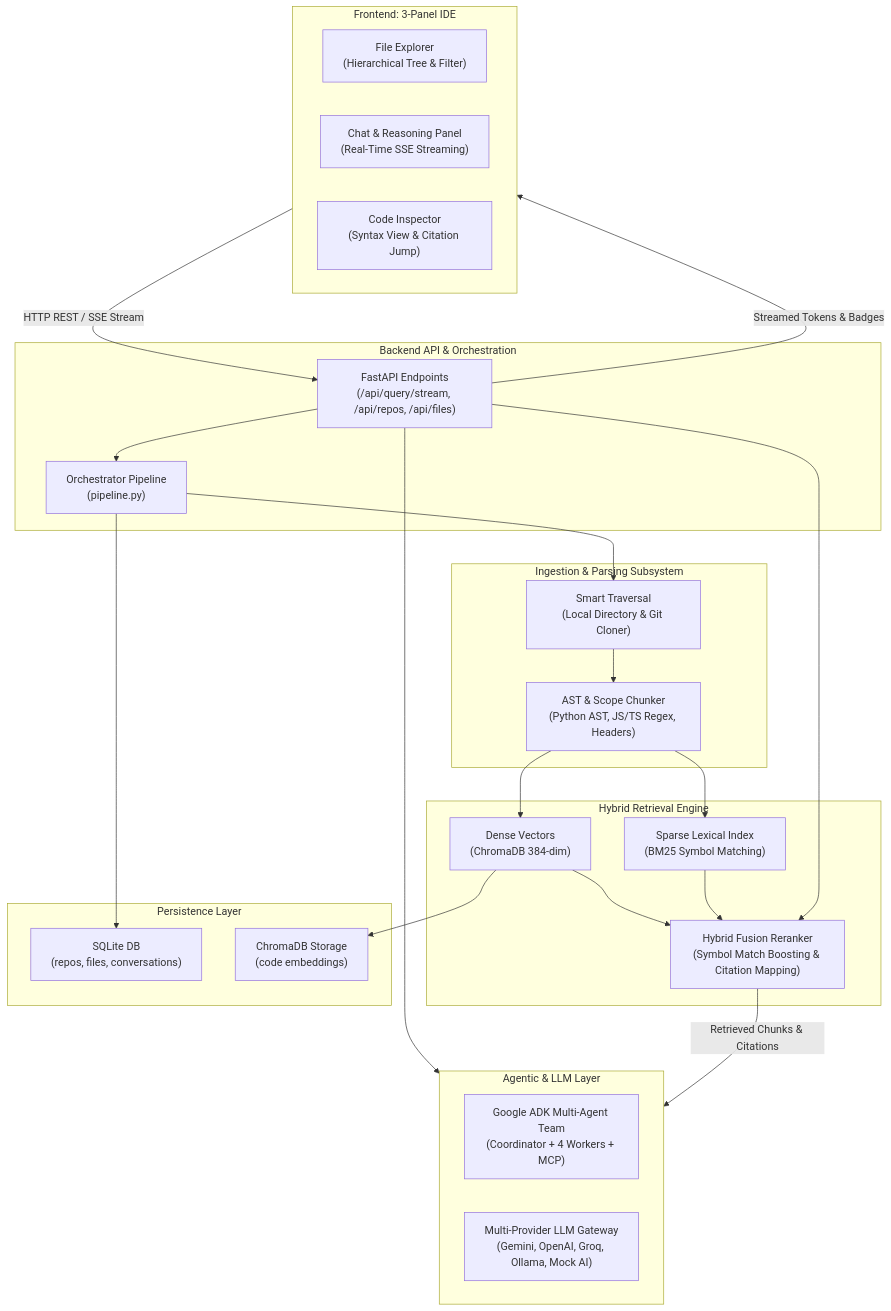
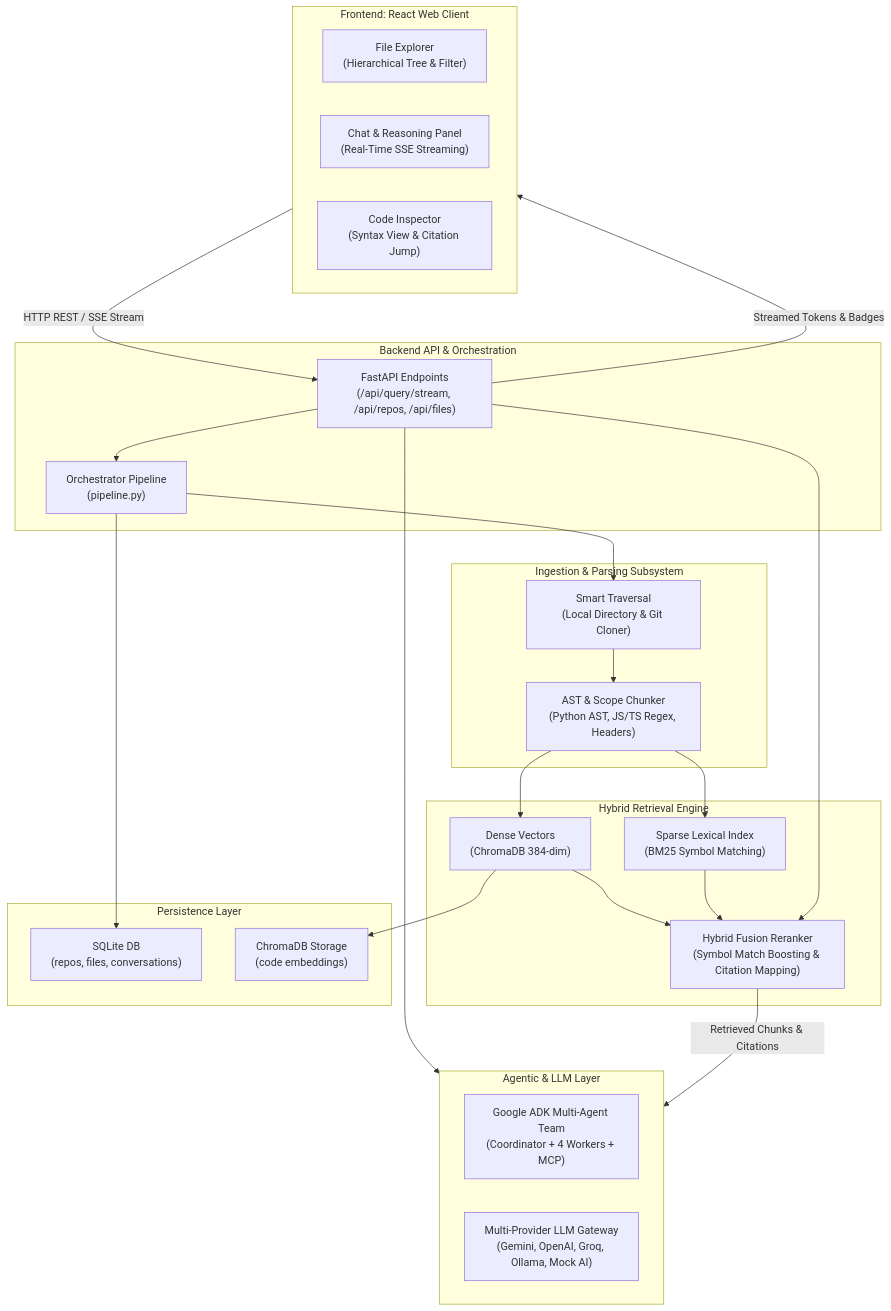
One commit to dissaa12/Repomind changed the diagram in README.md. Above: the diagram before and after it, drawn with Mermaid. The commit also changed other lines of this file, not shown here.

Commit message:
docs: remove 3-panel ide web dashboard phrasing from README

````diff
--- a/README.md
+++ b/README.md
@@ -64,49 +64,49 @@
 ```mermaid
 graph TD
-    subgraph Frontend [Frontend: 3-Panel IDE]
+    subgraph Frontend [Frontend: React Web Client]
         FE["File Explorer<br/>(Hierarchical Tree & Filter)"]
         CP["Chat & Reasoning Panel<br/>(Real-Time SSE Streaming)"]
         CI["Code Inspector<br/>(Syntax View & Citation Jump)"]
     end
 
     subgraph Backend [Backend API & Orchestration]
         Endpoints["FastAPI Endpoints<br/>(/api/query/stream, /api/repos, /api/files)"]
         Pipeline["Orchestrator Pipeline<br/>(pipeline.py)"]
     end
 
     subgraph Ingestion [Ingestion & Parsing Subsystem]
         Crawler["Smart Traversal<br/>(Local Directory & Git Cloner)"]
         Chunker["AST & Scope Chunker<br/>(Python AST, JS/TS Regex, Headers)"]
     end
 
     subgraph Retrieval [Hybrid Retrieval Engine]
         Chroma["Dense Vectors<br/>(ChromaDB 384-dim)"]
         BM25["Sparse Lexical Index<br/>(BM25 Symbol Matching)"]
         Reranker["Hybrid Fusion Reranker<br/>(Symbol Match Boosting & Citation Mapping)"]
     end
 
     subgraph Intelligence [Agentic & LLM Layer]
         ADK["Google ADK Multi-Agent Team<br/>(Coordinator + 4 Workers + MCP)"]
         Providers["Multi-Provider LLM Gateway<br/>(Gemini, OpenAI, Groq, Ollama, Mock AI)"]
     end
 
     subgraph Storage [Persistence Layer]
         SQLite["SQLite DB<br/>(repos, files, conversations)"]
         VectorStore["ChromaDB Storage<br/>(code embeddings)"]
     end
 
     Frontend -->|HTTP REST / SSE Stream| Endpoints
     Endpoints -->|Streamed Tokens & Badges| Frontend
     Endpoints --> Pipeline
     Pipeline --> Crawler
     Crawler --> Chunker
     Chunker --> Chroma
     Chunker --> BM25
     Chroma --> Reranker
     BM25 --> Reranker
     Endpoints --> Reranker
     Endpoints --> Intelligence
     Reranker -->|Retrieved Chunks & Citations| Intelligence
     Pipeline --> SQLite
     Chroma --> VectorStore
 ```
````
